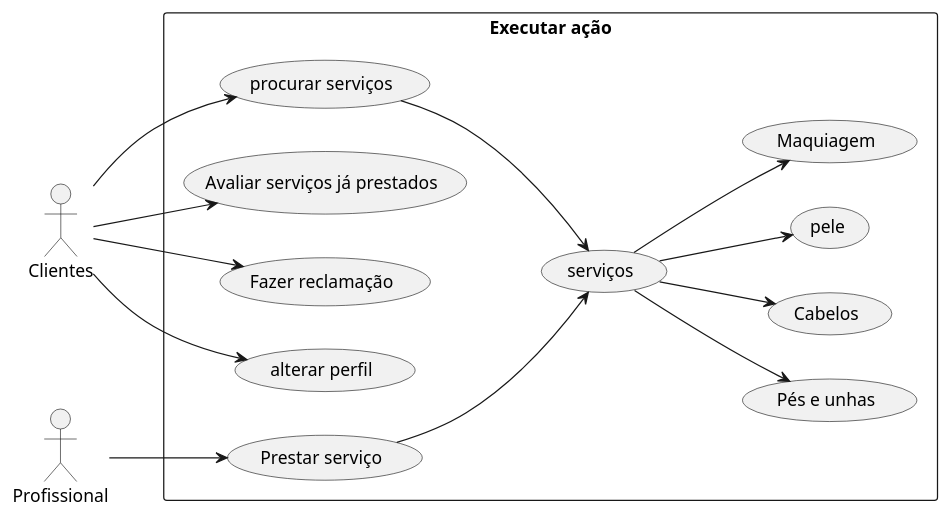
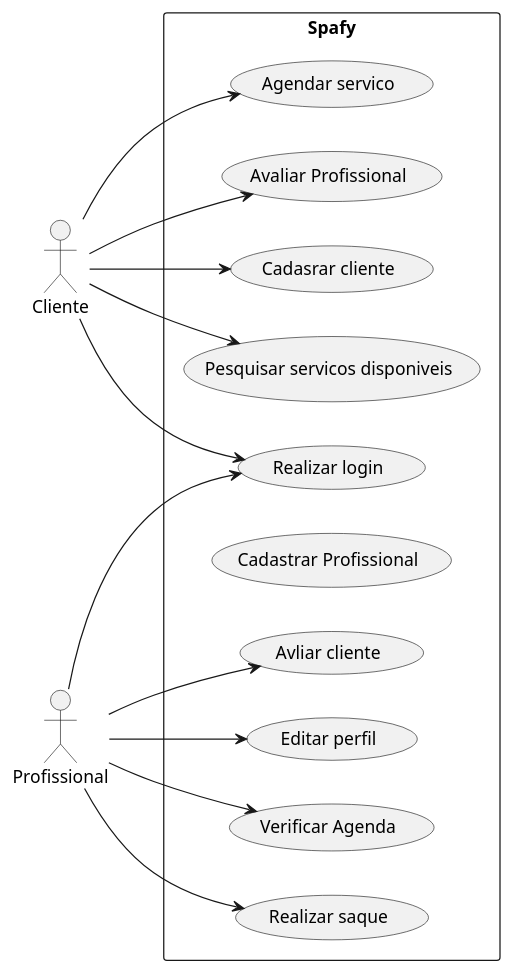
Before and after one commit to poo-ec-2025-1/grupo8: the diagram in grupo8-main/Diagrama de Caso de uso.plantuml, drawn with PlantUML.

Commit message:
Update Diagrama de Caso de uso.plantuml

```diff
--- a/grupo8-main/Diagrama de Caso de uso.plantuml
+++ b/grupo8-main/Diagrama de Caso de uso.plantuml
@@ -1,30 +1,29 @@
-@startuml Uso para clientes
+@startuml
+left to right direction
 
-left to right direction
-actor Clientes
+actor Cliente
 actor Profissional
-rectangle "Executar ação" { 
- usecase "serviços" as UC1
- usecase "Avaliar serviços já prestados" as UC2
- usecase "Fazer reclamação" as UC3
- usecase "alterar perfil" as UC4
- usecase "Pés e unhas" as UC5
- usecase "Cabelos" as UC6
- usecase "pele" as UC7
- usecase "Maquiagem" as UC8
- usecase "Prestar serviço" as UC9
- usecase "procurar serviços" as UC10
+rectangle "Spafy"{
+usecase "Realizar login" as UC1
+usecase "Cadasrar cliente" as UC2
+usecase "Pesquisar servicos disponiveis" as UC3
+usecase "Agendar servico" as UC4
+usecase "Avaliar Profissional" as UC5
+usecase "Cadastrar Profissional" as UC6
+usecase "Verificar Agenda" as UC7
+usecase "Realizar saque" as UC8
+usecase "Avliar cliente" as UC9
+usecase "Editar perfil" as UC10
 }
+Cliente --> UC1
+Cliente --> UC2
+Cliente --> UC3
+Cliente --> UC4
+Cliente --> UC5
+
+Profissional --> UC1
+Profissional --> UC7
+Profissional --> UC8
 Profissional --> UC9
-Clientes --> UC2
-Clientes --> UC3
-Clientes --> UC4
-Clientes --> UC10
-UC10 --> UC1
-UC1 --> UC5
-UC1 --> UC6
-UC1 --> UC7
-UC1 --> UC8
-UC9 --> UC1
-
+Profissional --> UC10
 @enduml
```
